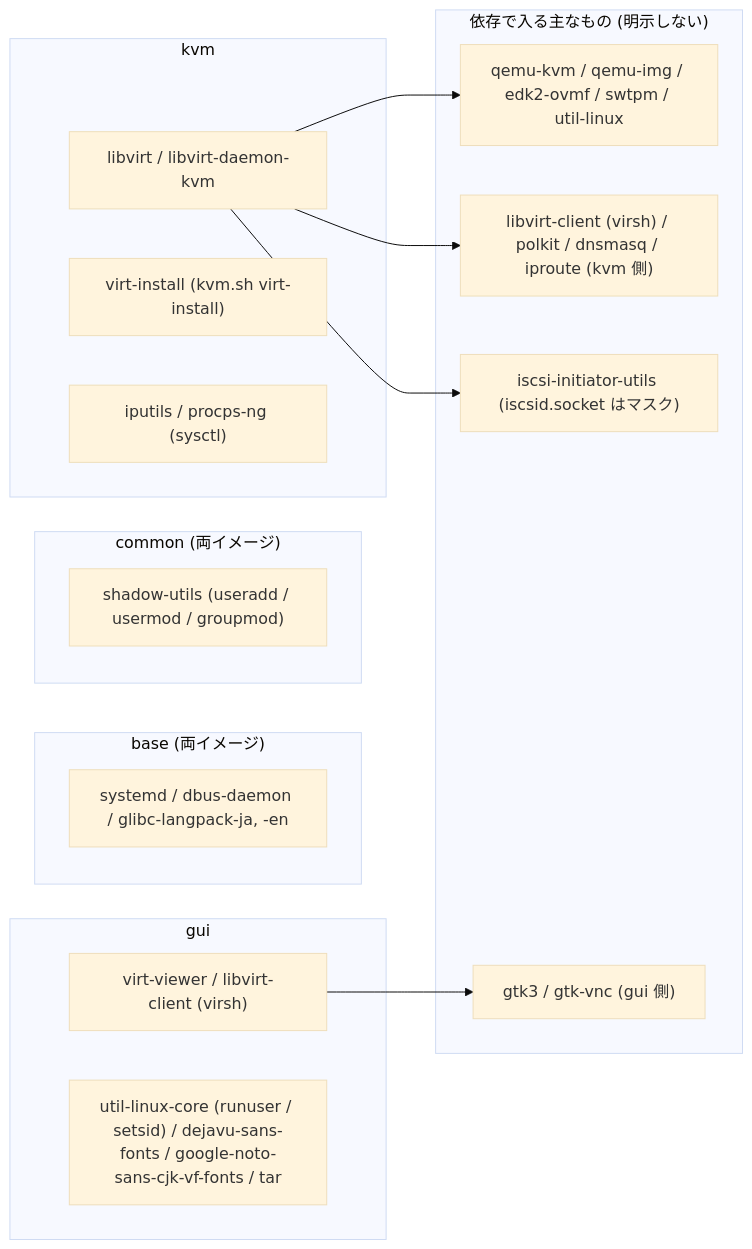
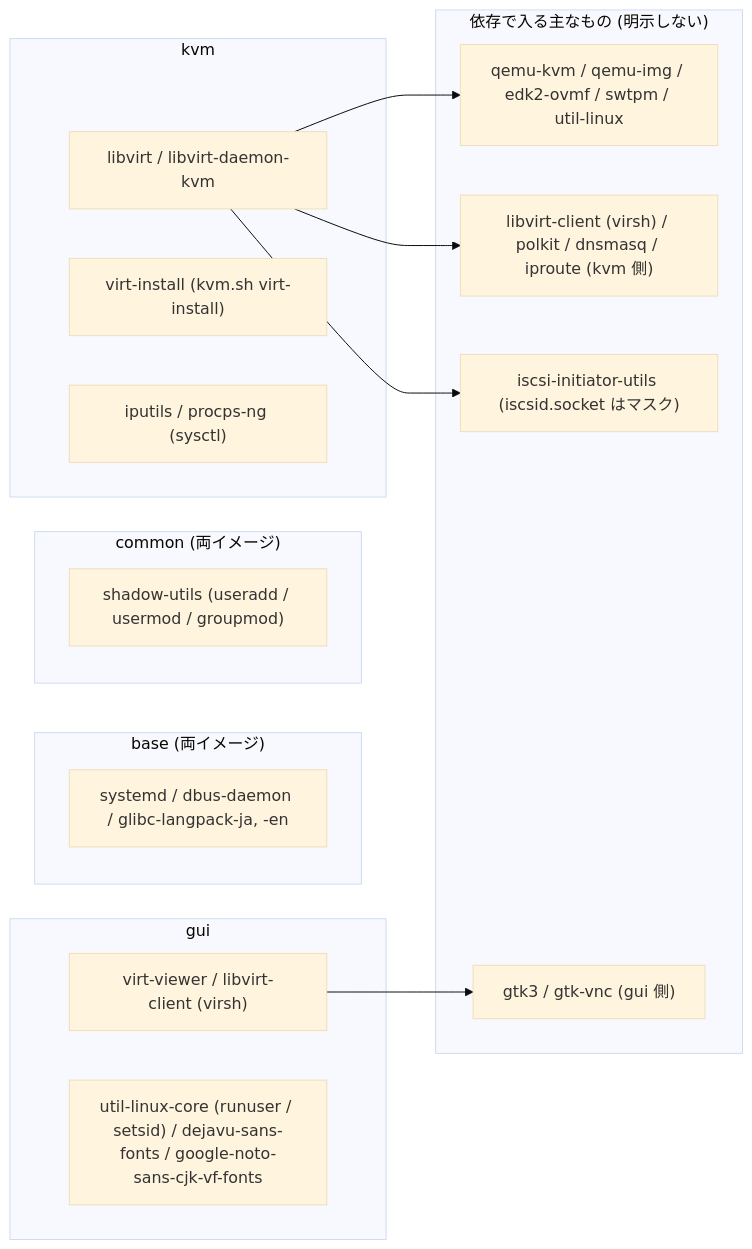
The fifth of 21 diagrams in docs/SPEC.md (ryo-aoki-pc/kvm-container), drawn with Mermaid (base theme) before and after one commit. The commit also changed other lines of this file and 7 other files, not shown here.

````diff
--- a/docs/SPEC.md
+++ b/docs/SPEC.md
@@ -292,28 +289,28 @@
 ```mermaid
 flowchart LR
   subgraph base ["base (両イメージ)"]
     b1["systemd / dbus-daemon / glibc-langpack-ja, -en"]
   end
   subgraph common ["common (両イメージ)"]
     c1["shadow-utils (useradd / usermod / groupmod)"]
   end
   subgraph kvm ["kvm"]
     k1["libvirt / libvirt-daemon-kvm"]
     k3["virt-install (kvm.sh virt-install)"]
     k4["iputils / procps-ng (sysctl)"]
   end
   subgraph gui ["gui"]
     g2["virt-viewer / libvirt-client (virsh)"]
-    g3["util-linux-core (runuser / setsid) / dejavu-sans-fonts / google-noto-sans-cjk-vf-fonts / tar"]
+    g3["util-linux-core (runuser / setsid) / dejavu-sans-fonts / google-noto-sans-cjk-vf-fonts"]
   end
   subgraph deps ["依存で入る主なもの (明示しない)"]
     qemu["qemu-kvm / qemu-img / edk2-ovmf / swtpm / util-linux"]
     lc["libvirt-client (virsh) / polkit / dnsmasq / iproute (kvm 側)"]
     iscsi["iscsi-initiator-utils (iscsid.socket はマスク)"]
     gtk["gtk3 / gtk-vnc (gui 側)"]
   end
   k1 --> qemu
   k1 --> lc
   k1 --> iscsi
   g2 --> gtk
 ```
````
